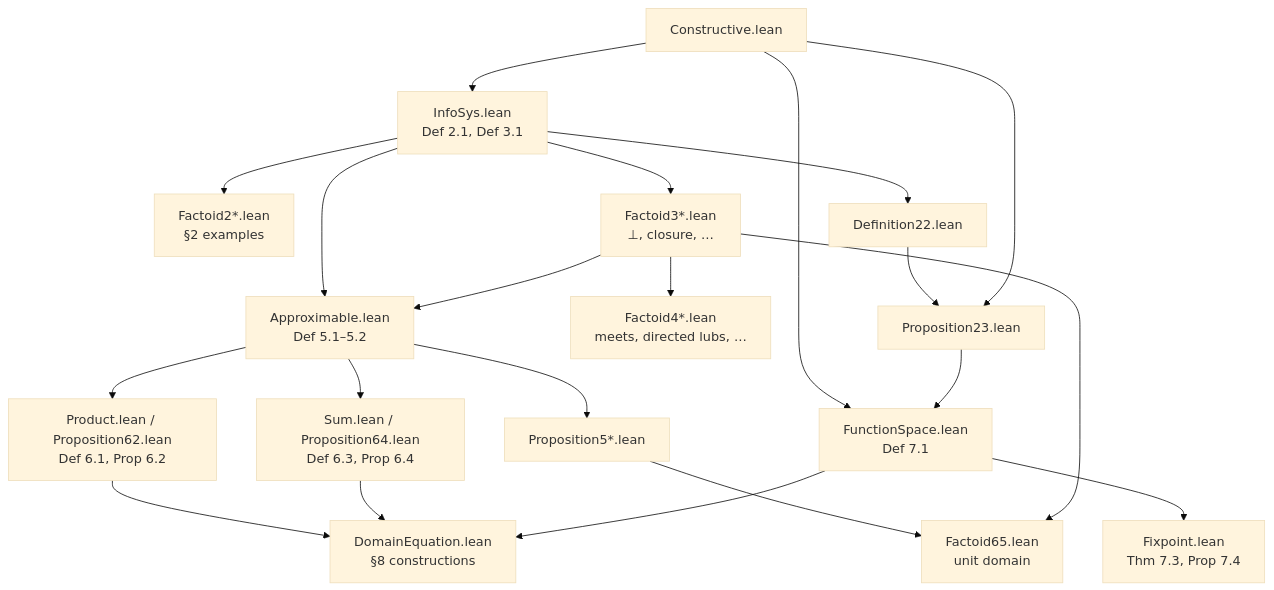
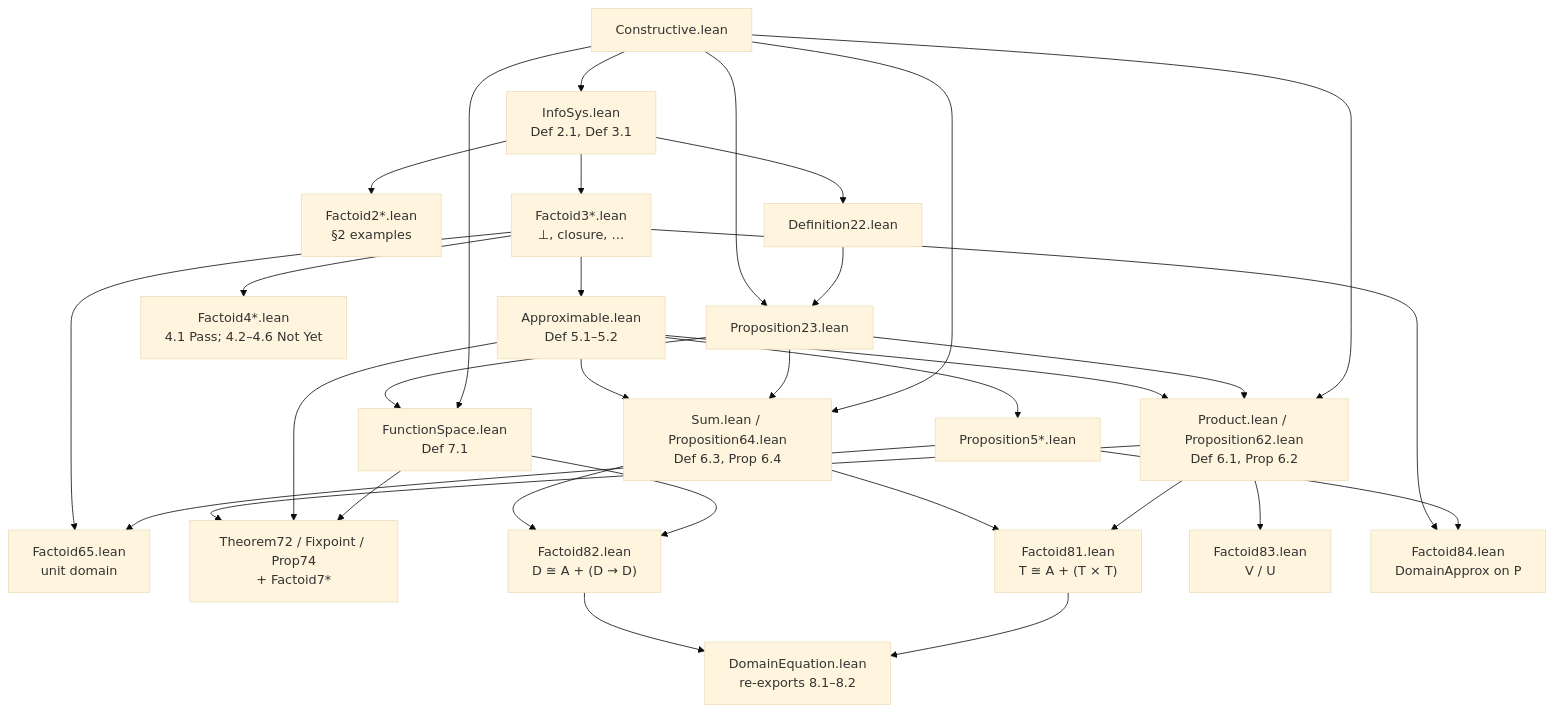
The second of 10 diagrams in arxiv.md (catskillsresearch/scott1982), drawn with Mermaid (base theme) before and after one commit. The commit also changed other lines of this file and 12 other files, not shown here.

First line of the commit message:
Align arXiv pipeline with scott1980 and refresh Mermaid maps.

````diff
--- a/arxiv.md
+++ b/arxiv.md
@@ -73,38 +76,53 @@
 ```mermaid
 flowchart TD
   C["Constructive.lean"]
   IS["InfoSys.lean<br/>Def 2.1, Def 3.1"]
   F2["Factoid2*.lean<br/>§2 examples"]
   D22["Definition22.lean"]
   P23["Proposition23.lean"]
   F3["Factoid3*.lean<br/>⊥, closure, …"]
-  F4["Factoid4*.lean<br/>meets, directed lubs, …"]
+  F4["Factoid4*.lean<br/>4.1 Pass; 4.2–4.6 Not Yet"]
   Ap["Approximable.lean<br/>Def 5.1–5.2"]
   P5["Proposition5*.lean"]
   Pr["Product.lean / Proposition62.lean<br/>Def 6.1, Prop 6.2"]
   Su["Sum.lean / Proposition64.lean<br/>Def 6.3, Prop 6.4"]
   F65["Factoid65.lean<br/>unit domain"]
   FS["FunctionSpace.lean<br/>Def 7.1"]
-  Fx["Fixpoint.lean<br/>Thm 7.3, Prop 7.4"]
-  DE["DomainEquation.lean<br/>§8 constructions"]
+  Fx["Theorem72 / Fixpoint / Prop74<br/>+ Factoid7*"]
+  F81["Factoid81.lean<br/>T ≅ A + (T × T)"]
+  F82["Factoid82.lean<br/>D ≅ A + (D → D)"]
+  F83["Factoid83.lean<br/>V / U"]
+  F84["Factoid84.lean<br/>DomainApprox on P"]
+  DE["DomainEquation.lean<br/>re-exports 8.1–8.2"]
 
   C --> IS
   IS --> F2
   IS --> D22 --> P23
   C --> P23
   IS --> F3
   F3 --> F4
-  IS --> Ap
   F3 --> Ap
   Ap --> P5
+  C --> Pr
+  P23 --> Pr
   Ap --> Pr
+  C --> Su
+  P23 --> Su
   Ap --> Su
   P5 --> F65
   F3 --> F65
   C --> FS
   P23 --> FS
   FS --> Fx
-  Pr --> DE
-  Su --> DE
-  FS --> DE
+  Ap --> Fx
+  Pr --> Fx
+  Pr --> F81
+  Su --> F81
+  FS --> F82
+  Su --> F82
+  Pr --> F83
+  P5 --> F84
+  F3 --> F84
+  F81 --> DE
+  F82 --> DE
 ```
````
